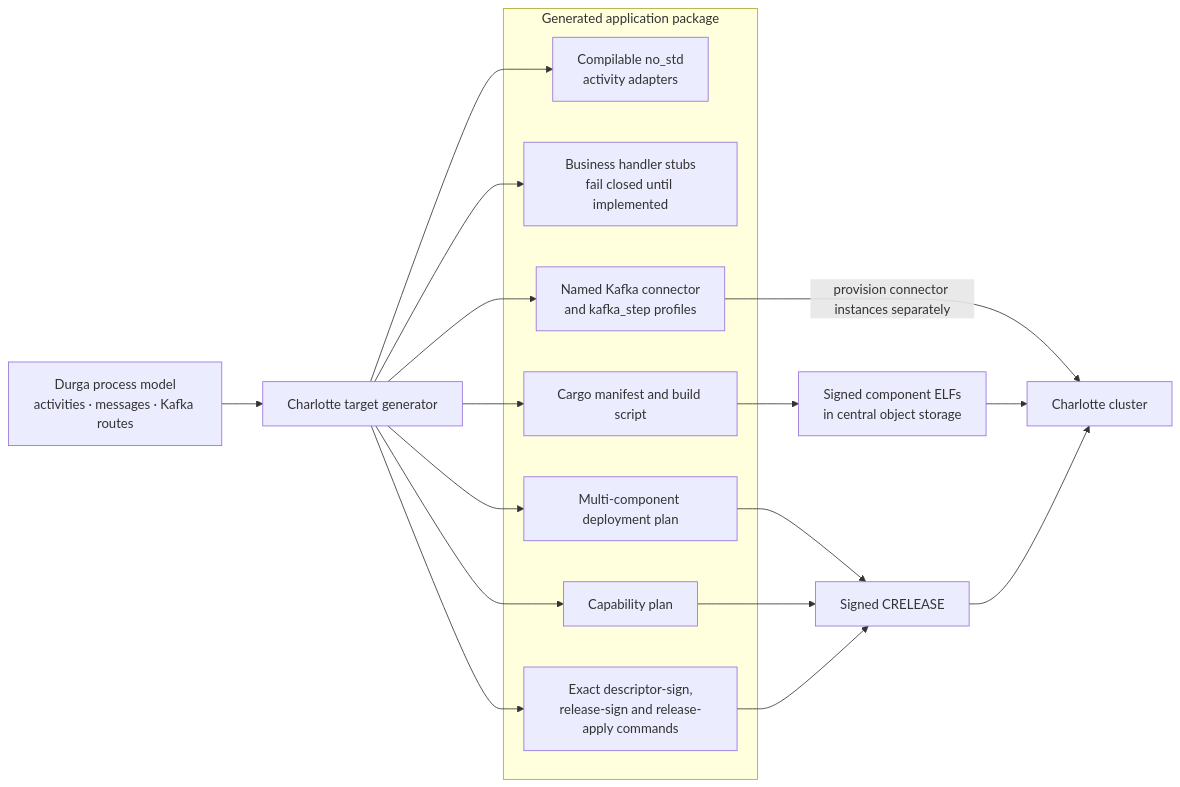
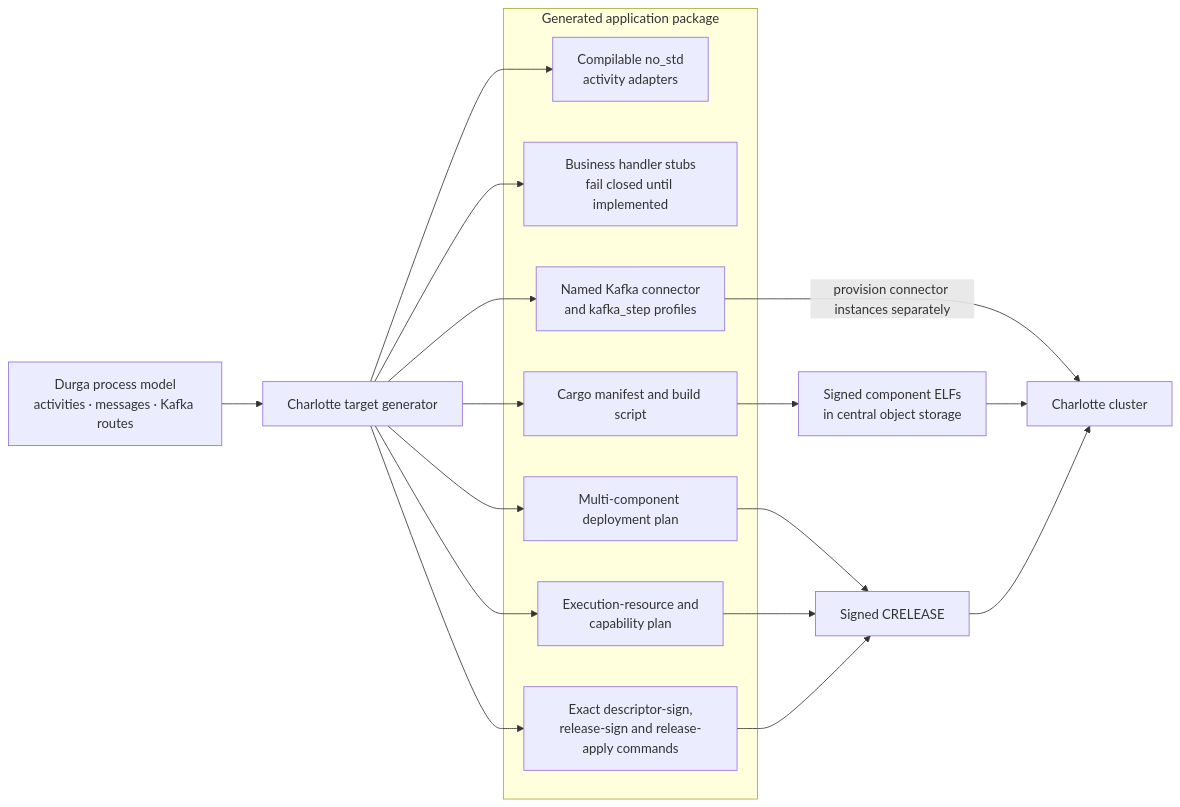
One commit to FrodeRanders/charlotte-os changed diagram 11 of 11 in docs/figures.md. Above: the diagram before and after it, drawn with Mermaid. The commit also changed other lines of this file and 27 other files, not shown here.

````diff
--- a/docs/figures.md
+++ b/docs/figures.md
@@ -498,36 +498,36 @@
 ```mermaid
 flowchart LR
 MODEL["Durga process model<br/>activities · messages · Kafka routes"]
 GEN["Charlotte target generator"]
 
       subgraph OUTPUT["Generated application package"]
           ADAPTERS["Compilable no_std<br/>activity adapters"]
           HANDLERS["Business handler stubs<br/>fail closed until implemented"]
           BUILD["Cargo manifest and build script"]
-          CAPS["Capability plan"]
+          CAPS["Execution-resource and<br/>capability plan"]
           KPROFILES["Named Kafka connector<br/>and kafka_step profiles"]
           PLAN["Multi-component deployment plan"]
           COMMANDS["Exact descriptor-sign,<br/>release-sign and release-apply commands"]
       end
 
       ARTIFACTS["Signed component ELFs<br/>in central object storage"]
       RELEASE["Signed CRELEASE"]
       CLUSTER["Charlotte cluster"]
 
       MODEL --> GEN
       GEN --> ADAPTERS
       GEN --> HANDLERS
       GEN --> BUILD
       GEN --> CAPS
       GEN --> KPROFILES
       GEN --> PLAN
       GEN --> COMMANDS
 
       BUILD --> ARTIFACTS
       PLAN --> RELEASE
       CAPS --> RELEASE
       KPROFILES -->|"provision connector instances separately"| CLUSTER
       COMMANDS --> RELEASE
       ARTIFACTS --> CLUSTER
       RELEASE --> CLUSTER
 ```
````
